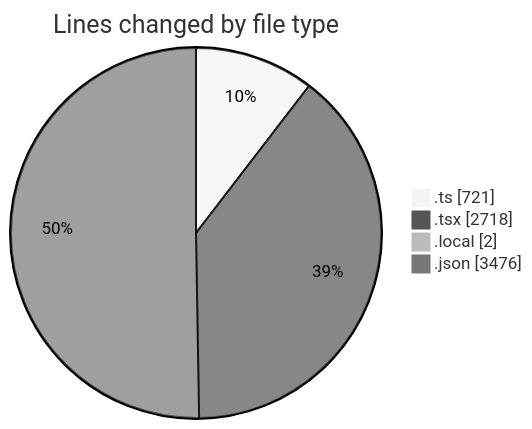
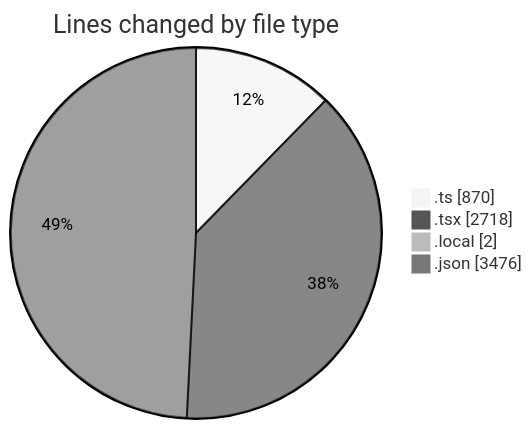
The first of 2 diagrams in 2025-10-28/eventscop-frontend-guide__workspace_/README.md (julien-gomy/code-tracking), drawn with Mermaid (neutral theme) before and after one commit. The commit also changed other lines of this file and 1 other file, not shown here.

````diff
--- a/2025-10-28/eventscop-frontend-guide__workspace_/README.md
+++ b/2025-10-28/eventscop-frontend-guide__workspace_/README.md
@@ -42,8 +42,8 @@
 ```mermaid
 pie showData
 title Lines changed by file type
-".ts" : 721
+".ts" : 870
 ".tsx" : 2718
 ".local" : 2
 ".json" : 3476
 ```
````
